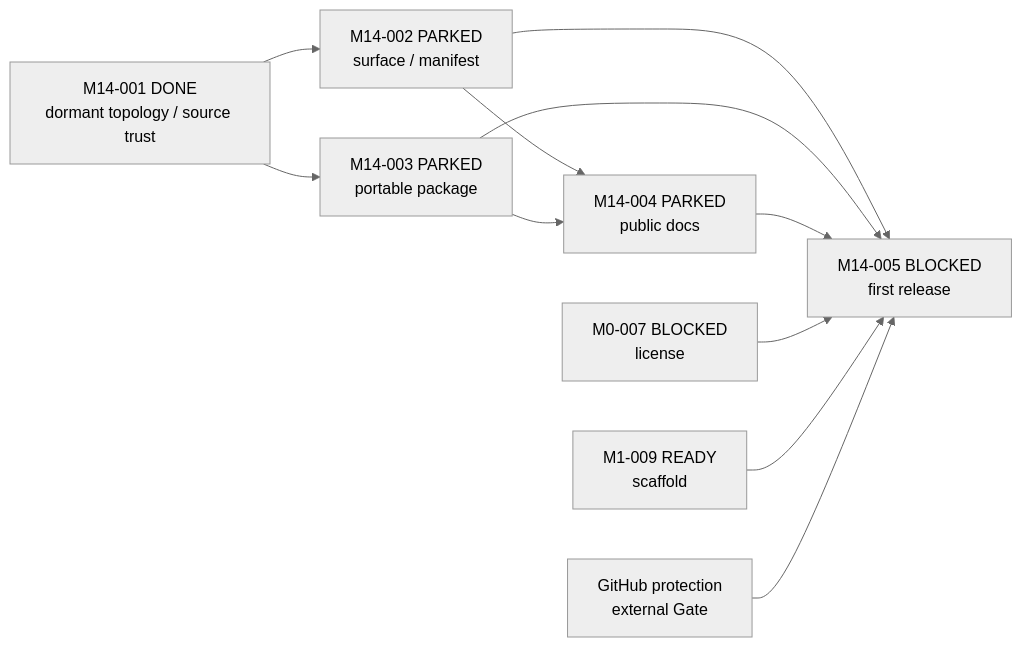
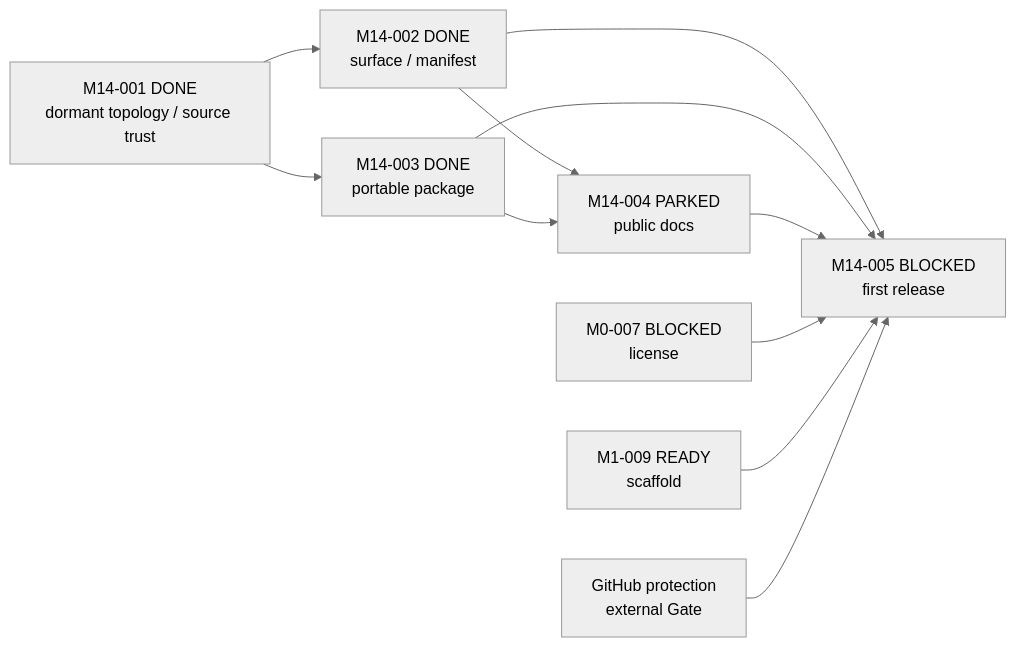
Before and after one commit to Chengyue-Lu/research-agent-workbench: the fifth of 5 diagrams in docs/M_SERIES_IMPLEMENTATION_MAP.md, drawn with Mermaid (neutral theme). The commit also changed other lines of this file and 27 other files, not shown here.

Commit message:
feat(package): add pinned portable Runtime resources (M14-003)

````diff
--- a/docs/M_SERIES_IMPLEMENTATION_MAP.md
+++ b/docs/M_SERIES_IMPLEMENTATION_MAP.md
@@ -174,13 +174,13 @@
 ```mermaid
 flowchart LR
-    M14001["M14-001 DONE<br/>dormant topology / source trust"] --> M14002["M14-002 PARKED<br/>surface / manifest"]
-    M14001 --> M14003["M14-003 PARKED<br/>portable package"]
+    M14001["M14-001 DONE<br/>dormant topology / source trust"] --> M14002["M14-002 DONE<br/>surface / manifest"]
+    M14001 --> M14003["M14-003 DONE<br/>portable package"]
     M14002 --> M14004["M14-004 PARKED<br/>public docs"]
     M14003 --> M14004
     M14002 --> M14005["M14-005 BLOCKED<br/>first release"]
     M14003 --> M14005
     M14004 --> M14005
     M0007["M0-007 BLOCKED<br/>license"] --> M14005
     M1009["M1-009 READY<br/>scaffold"] --> M14005
     Remote["GitHub protection<br/>external Gate"] --> M14005
 ```
````
